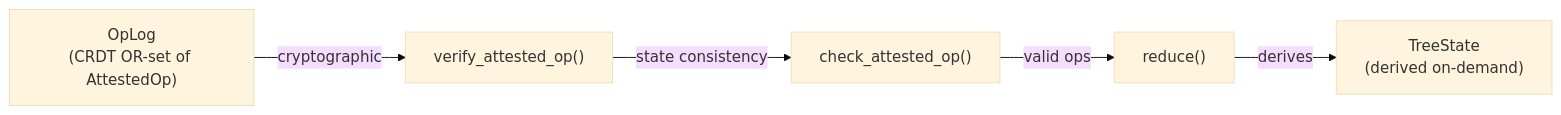
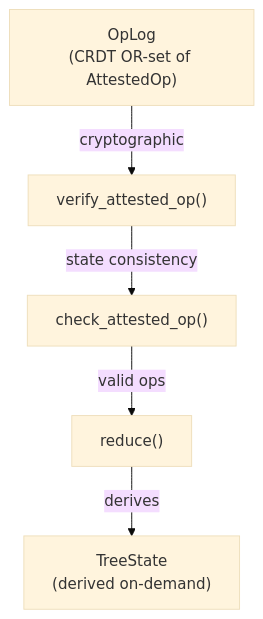
Before and after one commit to hxrts/aura: the second of 4 diagrams in docs/102_authority_and_identity.md, drawn with Mermaid (base theme). The commit also changed 39 other files, not shown here.

````diff
--- a/docs/102_authority_and_identity.md
+++ b/docs/102_authority_and_identity.md
@@ -345,13 +345,13 @@
 ```mermaid
-graph LR
+graph TD
     OpLog["OpLog<br/>(CRDT OR-set of AttestedOp)"]
     Verify["verify_attested_op()"]
     Check["check_attested_op()"]
     Reduce["reduce()"]
     TreeState["TreeState<br/>(derived on-demand)"]
 
     OpLog -->|cryptographic| Verify
     Verify -->|state consistency| Check
     Check -->|valid ops| Reduce
     Reduce -->|derives| TreeState
 ```
````
